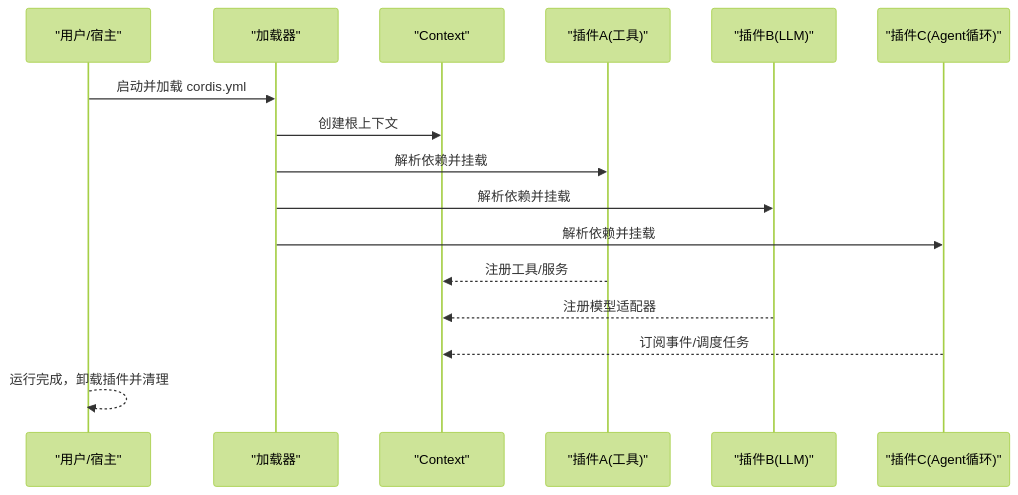
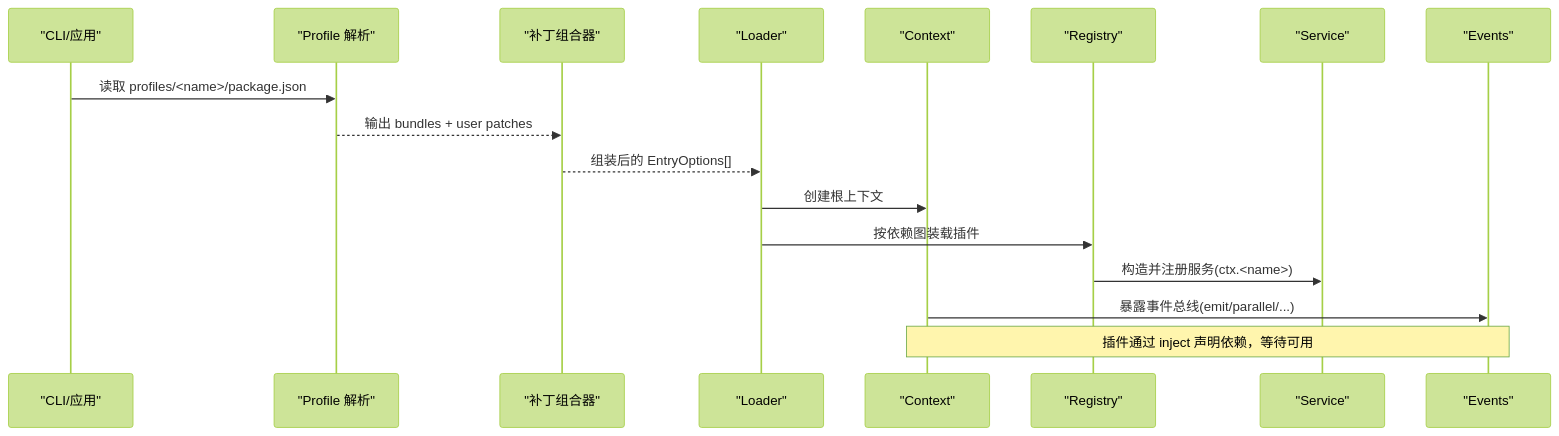
One commit to frendyxzc/deepseek-harness changed the second of 7 diagrams in .qoder/repowiki/zh/content/架构设计/插件系统.md. Above: the diagram before and after it, drawn with Mermaid (forest theme). The commit also changed other lines of this file and 448 other files, not shown here.

````diff
--- a/.qoder/repowiki/zh/content/架构设计/插件系统.md
+++ b/.qoder/repowiki/zh/content/架构设计/插件系统.md
@@ -72,18 +73,19 @@
 ```mermaid
 sequenceDiagram
-participant U as "用户/宿主"
-participant L as "加载器"
-participant C as "Context"
-participant P1 as "插件A(工具)"
-participant P2 as "插件B(LLM)"
-participant P3 as "插件C(Agent循环)"
-U->>L : 启动并加载 cordis.yml
-L->>C : 创建根上下文
-L->>P1 : 解析依赖并挂载
-L->>P2 : 解析依赖并挂载
-L->>P3 : 解析依赖并挂载
-P1-->>C : 注册工具/服务
-P2-->>C : 注册模型适配器
-P3-->>C : 订阅事件/调度任务
-U-->>U : 运行完成，卸载插件并清理
+participant CLI as "CLI/应用"
+participant Profile as "Profile 解析"
+participant Patch as "补丁组合器"
+participant Loader as "Loader"
+participant Ctx as "Context"
+participant Reg as "Registry"
+participant Svc as "Service"
+participant Ev as "Events"
+CLI->>Profile : 读取 profiles/<name>/package.json
+Profile-->>Patch : 输出 bundles + user patches
+Patch-->>Loader : 组装后的 EntryOptions[]
+Loader->>Ctx : 创建根上下文
+Loader->>Reg : 按依赖图装载插件
+Reg->>Svc : 构造并注册服务(ctx.<name>)
+Ctx->>Ev : 暴露事件总线(emit/parallel/...)
+Note over Ctx,Ev : 插件通过 inject 声明依赖，等待可用
 ```
````
